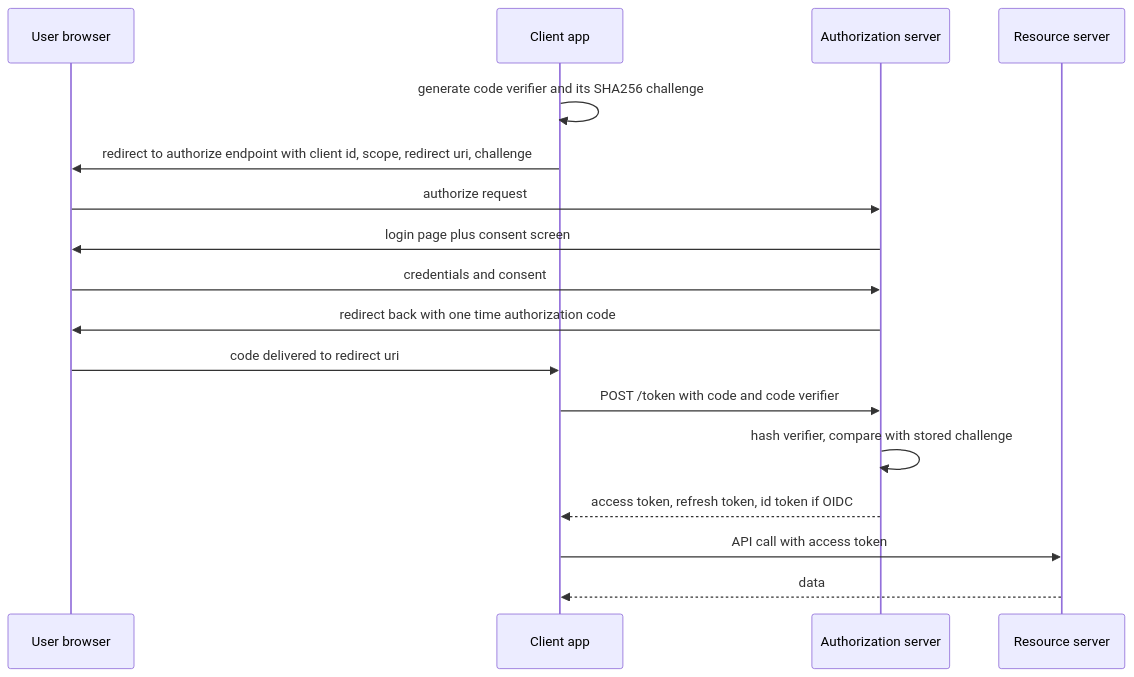
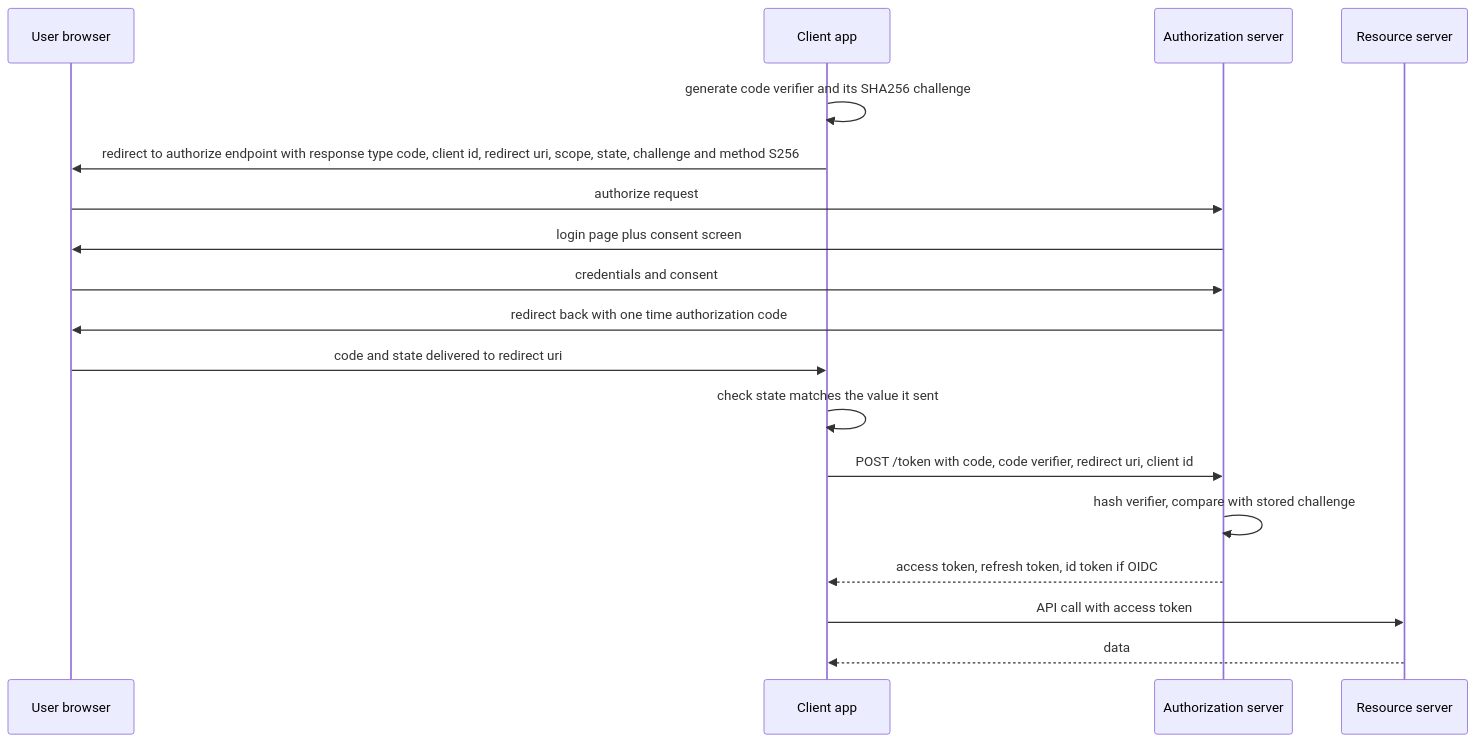
The diagram in system-design/11 Auth and IAM/OAuth 2 and OpenID Connect.md (kunal-ladh/learn-system-design), drawn with Mermaid before and after one commit. The commit also changed other lines of this file and 163 other files, not shown here.

First line of the commit message:
Add shipping-code and AWS modules, fact-check the vault

````diff
--- a/system-design/11 Auth and IAM/OAuth 2 and OpenID Connect.md
+++ b/system-design/11 Auth and IAM/OAuth 2 and OpenID Connect.md
@@ -48,20 +48,21 @@
 ```mermaid
 sequenceDiagram
     participant U as User browser
     participant C as Client app
     participant A as Authorization server
     participant R as Resource server
 
     C->>C: generate code verifier and its SHA256 challenge
-    C->>U: redirect to authorize endpoint with client id, scope, redirect uri, challenge
+    C->>U: redirect to authorize endpoint with response type code, client id, redirect uri, scope, state, challenge and method S256
     U->>A: authorize request
     A->>U: login page plus consent screen
     U->>A: credentials and consent
     A->>U: redirect back with one time authorization code
-    U->>C: code delivered to redirect uri
-    C->>A: POST /token with code and code verifier
+    U->>C: code and state delivered to redirect uri
+    C->>C: check state matches the value it sent
+    C->>A: POST /token with code, code verifier, redirect uri, client id
     A->>A: hash verifier, compare with stored challenge
     A-->>C: access token, refresh token, id token if OIDC
     C->>R: API call with access token
     R-->>C: data
 ```
````
